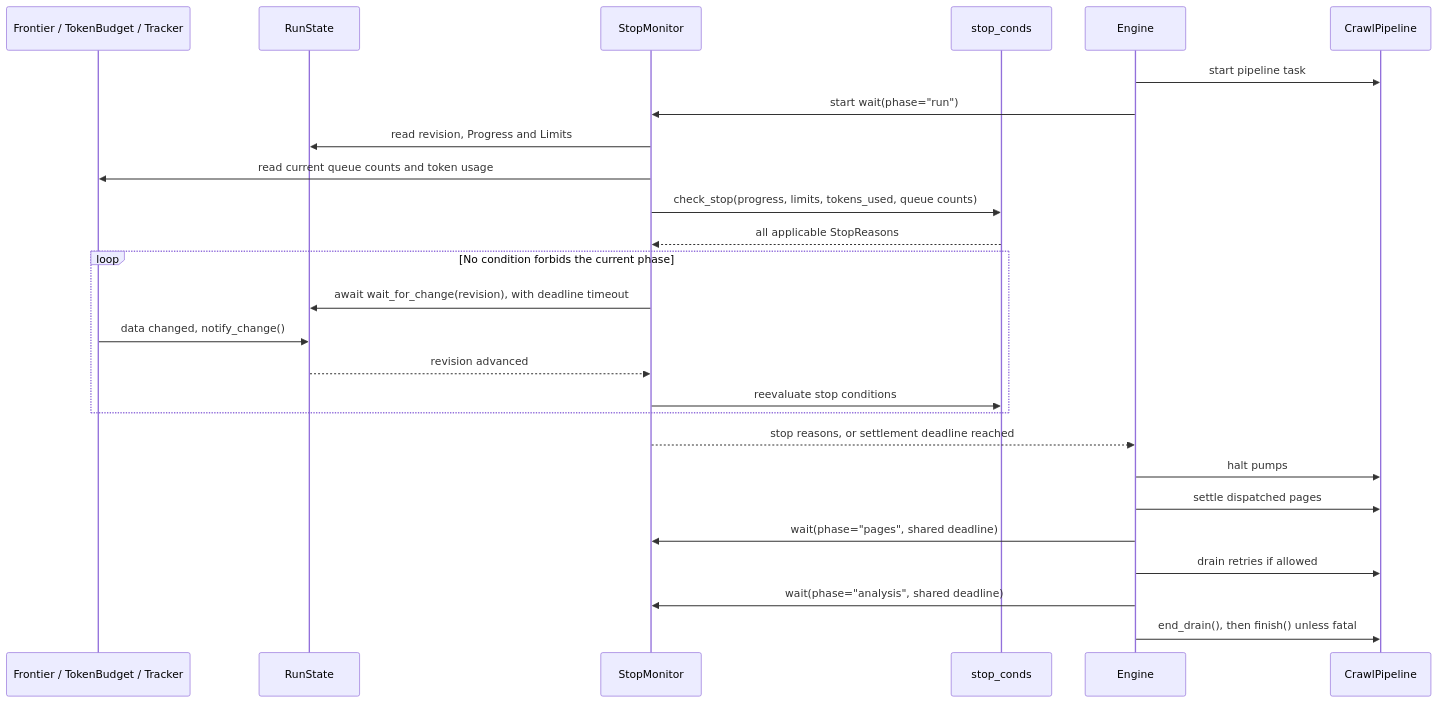
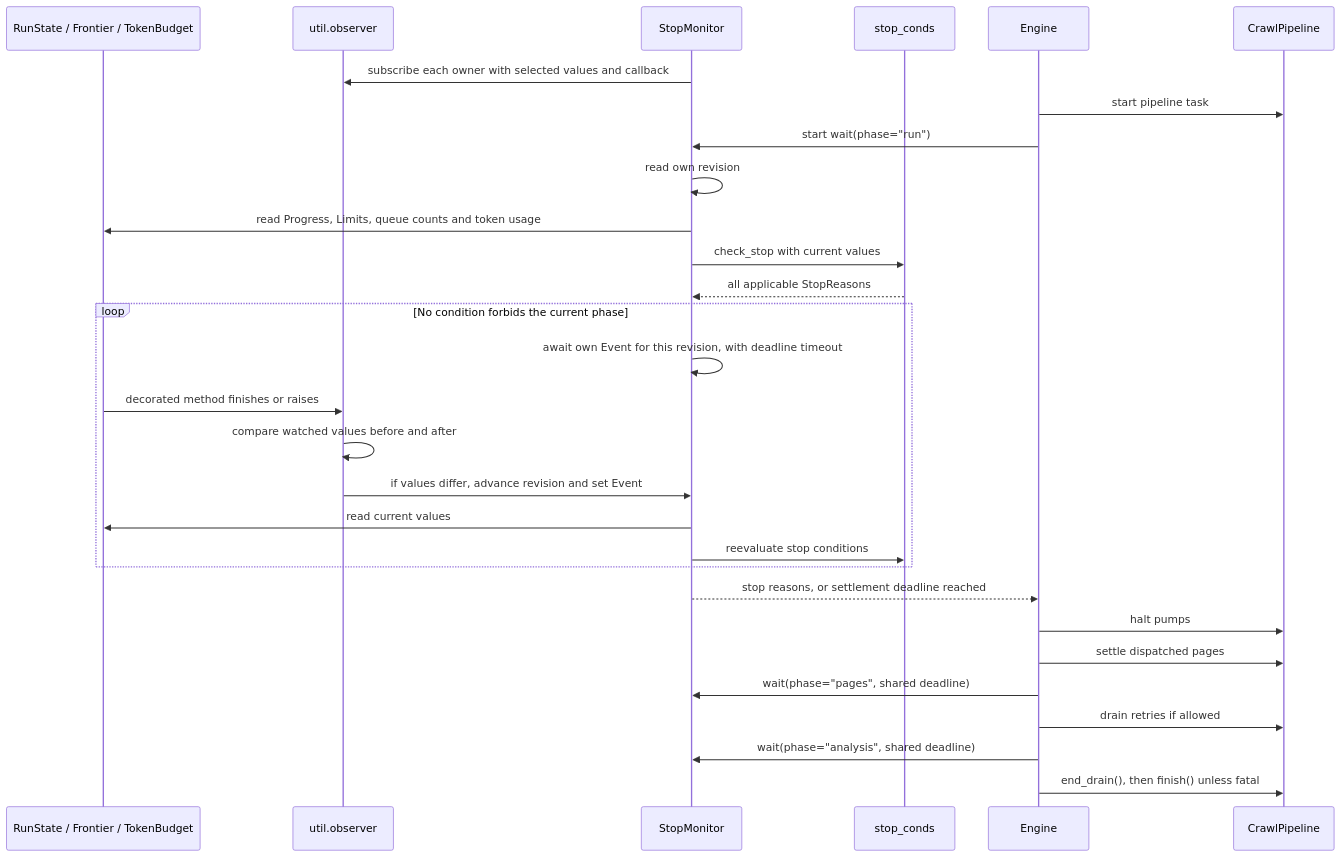
The fifth of 7 diagrams in docs/engine.md (shixuan/crawl-me-maybe), drawn with Mermaid before and after one commit. The commit also changed other lines of this file and 16 other files, not shown here.

````diff
--- a/docs/engine.md
+++ b/docs/engine.md
@@ -234,28 +237,31 @@
 ```mermaid
 sequenceDiagram
-    participant Owners as Frontier / TokenBudget / Tracker
-    participant State as RunState
+    participant Owners as RunState / Frontier / TokenBudget
+    participant Notify as util.observer
     participant Monitor as StopMonitor
     participant Checks as stop_conds
     participant Engine
     participant Crawl as CrawlPipeline
+    Monitor->>Notify: subscribe each owner with selected values and callback
     Engine->>Crawl: start pipeline task
     Engine->>Monitor: start wait(phase="run")
-    Monitor->>State: read revision, Progress and Limits
-    Monitor->>Owners: read current queue counts and token usage
-    Monitor->>Checks: check_stop(progress, limits, tokens_used, queue counts)
+    Monitor->>Monitor: read own revision
+    Monitor->>Owners: read Progress, Limits, queue counts and token usage
+    Monitor->>Checks: check_stop with current values
     Checks-->>Monitor: all applicable StopReasons
     loop No condition forbids the current phase
-        Monitor->>State: await wait_for_change(revision), with deadline timeout
-        Owners->>State: data changed, notify_change()
-        State-->>Monitor: revision advanced
+        Monitor->>Monitor: await own Event for this revision, with deadline timeout
+        Owners->>Notify: decorated method finishes or raises
+        Notify->>Notify: compare watched values before and after
+        Notify->>Monitor: if values differ, advance revision and set Event
+        Monitor->>Owners: read current values
         Monitor->>Checks: reevaluate stop conditions
     end
     Monitor-->>Engine: stop reasons, or settlement deadline reached
     Engine->>Crawl: halt pumps
     Engine->>Crawl: settle dispatched pages
     Engine->>Monitor: wait(phase="pages", shared deadline)
     Engine->>Crawl: drain retries if allowed
     Engine->>Monitor: wait(phase="analysis", shared deadline)
     Engine->>Crawl: end_drain(), then finish() unless fatal
 ```
````
